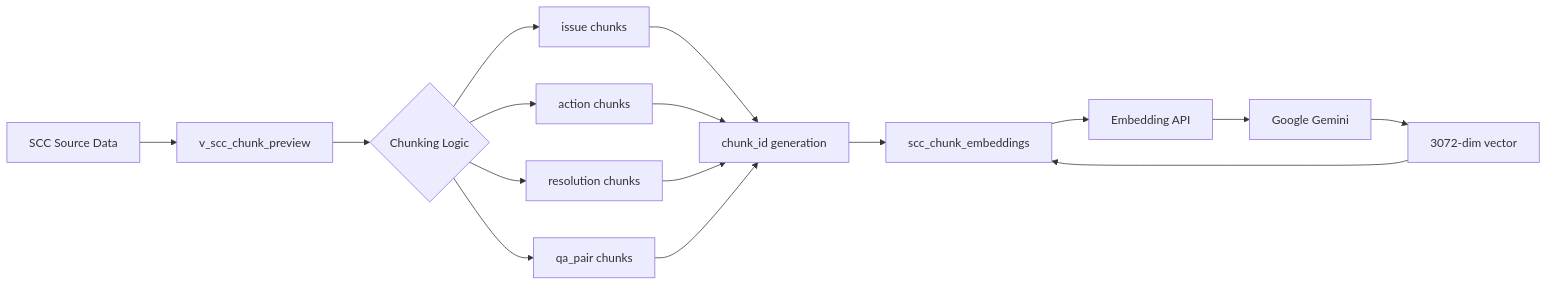
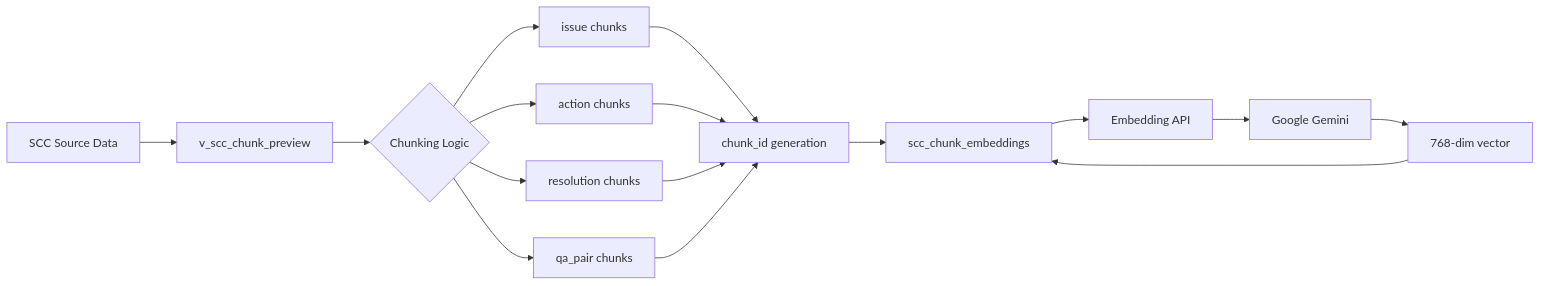
One commit to jdhert/CS-ChatBot changed the second of 2 diagrams in docs/DATABASE.md. Above: the diagram before and after it, drawn with Mermaid. The commit also changed other lines of this file, not shown here.

````diff
--- a/docs/DATABASE.md
+++ b/docs/DATABASE.md
@@ -101,20 +101,20 @@
 ```mermaid
 flowchart LR
     A[SCC Source Data] --> B[v_scc_chunk_preview]
     B --> C{Chunking Logic}
     C --> D[issue chunks]
     C --> E[action chunks]
     C --> F[resolution chunks]
     C --> G[qa_pair chunks]
 
     D --> H[chunk_id generation]
     E --> H
     F --> H
     G --> H
 
     H --> I[scc_chunk_embeddings]
     I --> J[Embedding API]
     J --> K[Google Gemini]
-    K --> L[3072-dim vector]
+    K --> L[768-dim vector]
     L --> I
 ```
````
